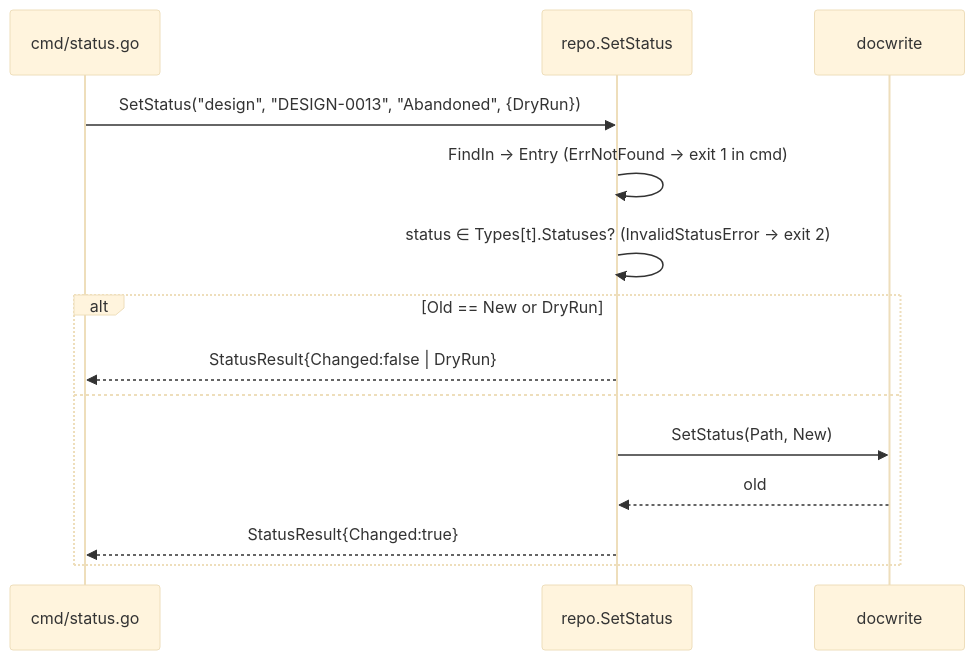
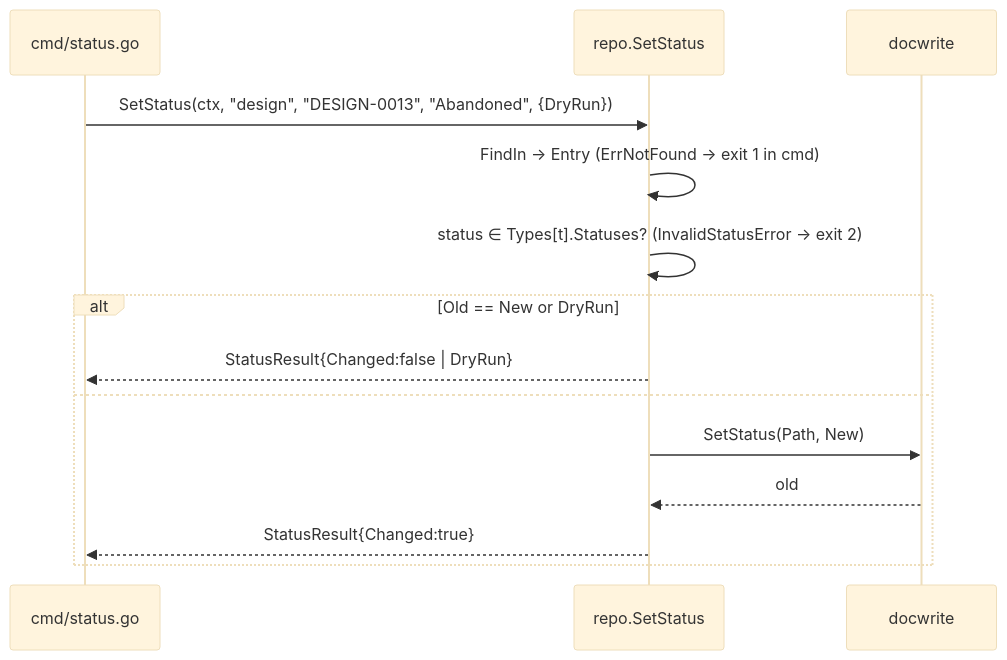
Before and after one commit to donaldgifford/docz: the fourth of 15 diagrams in docs/design/0014-the-docz-api-as-one-unit-packages-types-functions-and-the-cmd.md, drawn with Mermaid (base theme). The commit also changed other lines of this file and 3 other files, not shown here.

````diff
--- a/docs/design/0014-the-docz-api-as-one-unit-packages-types-functions-and-the-cmd.md
+++ b/docs/design/0014-the-docz-api-as-one-unit-packages-types-functions-and-the-cmd.md
@@ -554,16 +602,16 @@
 ```mermaid
 sequenceDiagram
   participant cmd as cmd/status.go
   participant R as repo.SetStatus
   participant W as docwrite
-  cmd->>R: SetStatus("design", "DESIGN-0013", "Abandoned", {DryRun})
+  cmd->>R: SetStatus(ctx, "design", "DESIGN-0013", "Abandoned", {DryRun})
   R->>R: FindIn → Entry (ErrNotFound → exit 1 in cmd)
   R->>R: status ∈ Types[t].Statuses? (InvalidStatusError → exit 2)
   alt Old == New or DryRun
     R-->>cmd: StatusResult{Changed:false | DryRun}
   else
     R->>W: SetStatus(Path, New)
     W-->>R: old
     R-->>cmd: StatusResult{Changed:true}
   end
 ```
````
